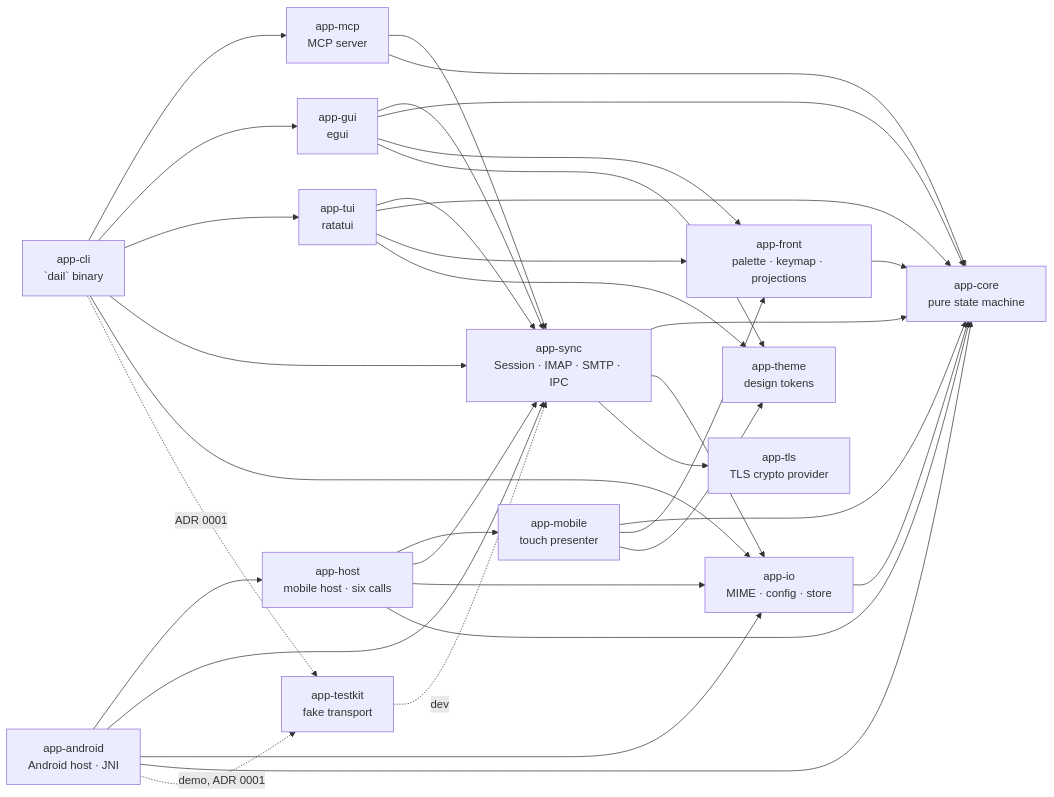
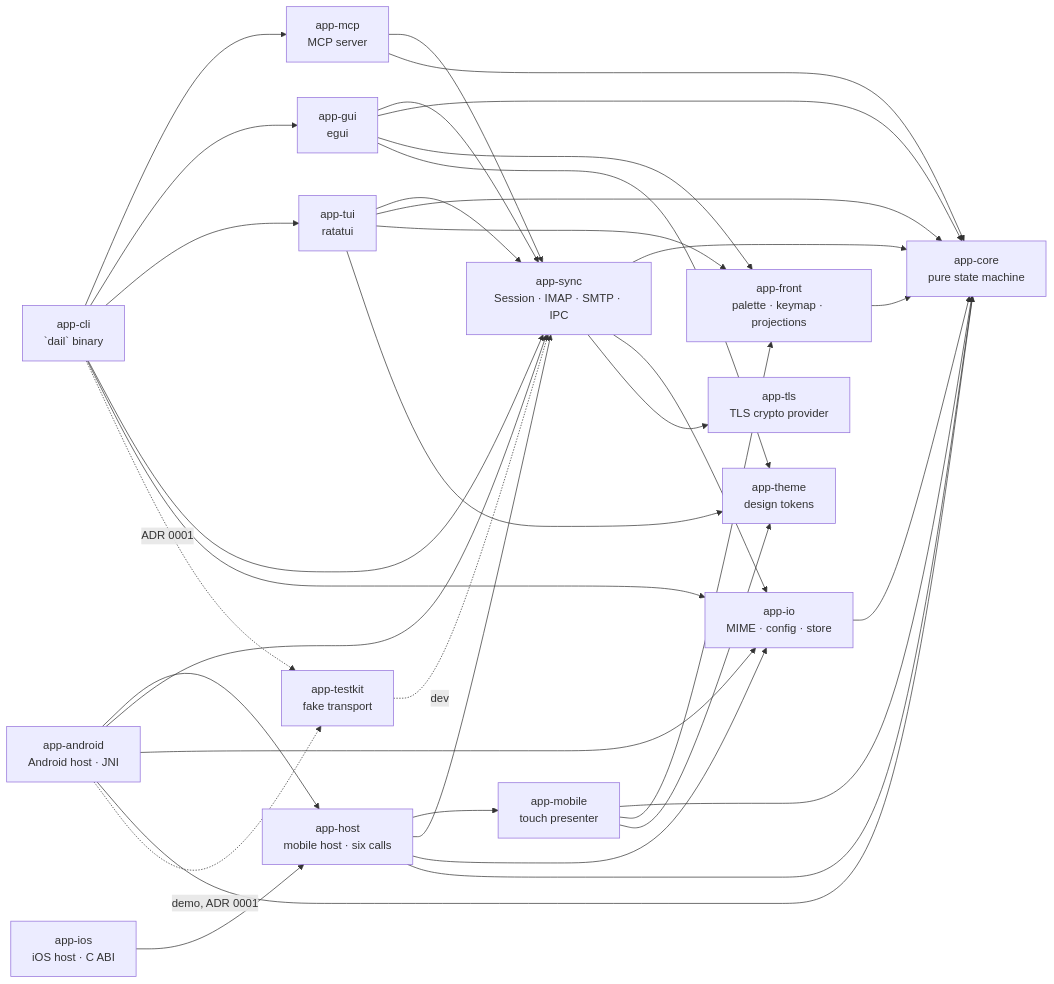
The first of 2 diagrams in ARCHITECTURE.md (dariy/dail), drawn with Mermaid before and after one commit. The commit also changed other lines of this file and 14 other files, not shown here.

First line of the commit message:
app-ios: add the iOS host with C exports, a header, Keychain secrets and file logs

````diff
--- a/ARCHITECTURE.md
+++ b/ARCHITECTURE.md
@@ -32,52 +32,54 @@
 ```mermaid
 graph LR
   core[app-core<br/>pure state machine]
   io[app-io<br/>MIME · config · store]
   sync[app-sync<br/>Session · IMAP · SMTP · IPC]
   mcp[app-mcp<br/>MCP server]
   gui[app-gui<br/>egui]
   front[app-front<br/>palette · keymap · projections]
   tui[app-tui<br/>ratatui]
   cli[app-cli<br/>`dail` binary]
   tk[app-testkit<br/>fake transport]
   tls[app-tls<br/>TLS crypto provider]
   theme[app-theme<br/>design tokens]
   mobile[app-mobile<br/>touch presenter]
   host[app-host<br/>mobile host · six calls]
   android[app-android<br/>Android host · JNI]
+  ios[app-ios<br/>iOS host · C ABI]
 
   io --> core
   sync --> core
   sync --> io
   sync --> tls
   mcp --> sync
   mcp --> core
   gui --> sync
   gui --> core
   gui --> front
   gui --> theme
   tui --> sync
   tui --> core
   tui --> front
   tui --> theme
   front --> core
   cli --> mcp
   cli --> gui
   cli --> tui
   cli --> sync
   cli --> io
   cli -.ADR 0001.-> tk
   tk -.dev.-> sync
   mobile --> core
   mobile --> front
   mobile --> theme
   host --> mobile
   host --> sync
   host --> io
   host --> core
   android --> host
+  ios --> host
   android --> sync
   android --> io
   android --> core
   android -.demo, ADR 0001.-> tk
 ```
````
